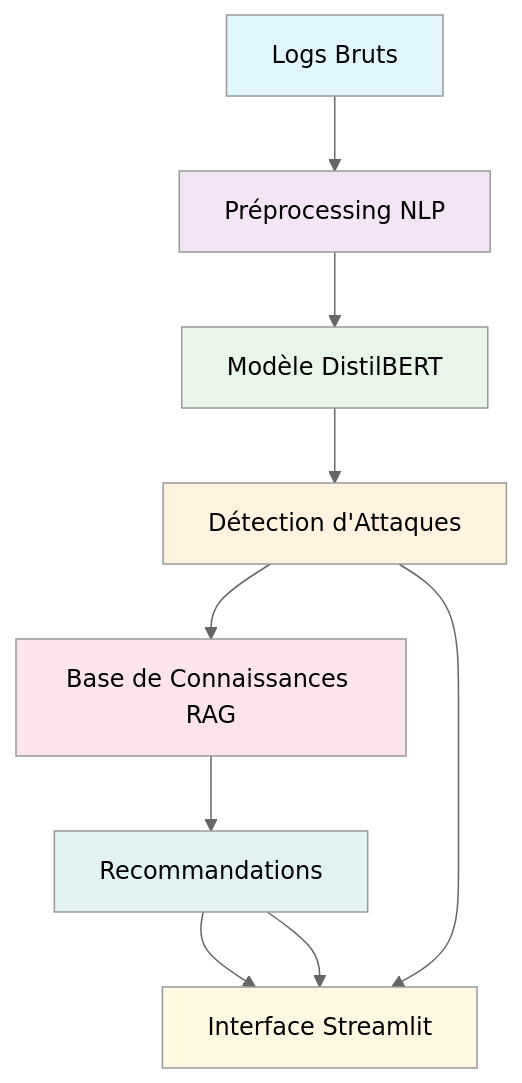
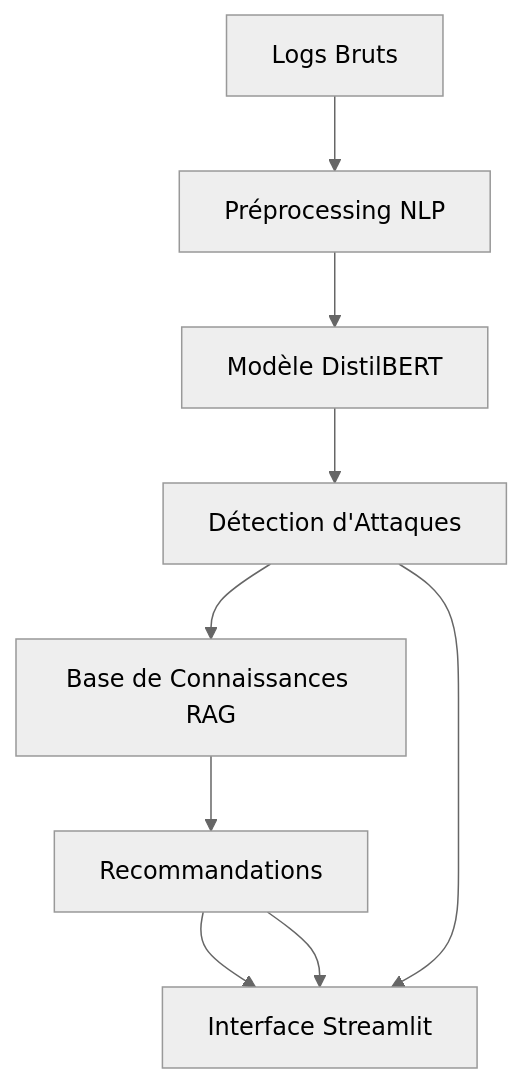
One commit to Lailaelkabrane/cybermentor-dl-nlp changed the diagram in README.md. Above: the diagram before and after it, drawn with Mermaid (neutral theme).

````diff
--- a/README.md
+++ b/README.md
@@ -18,19 +18,12 @@
 ```mermaid
 graph TB
     A[Logs Bruts] --> B[Préprocessing NLP]
     B --> C[Modèle DistilBERT]
     C --> D[Détection d'Attaques]
     D --> E[Base de Connaissances RAG]
     E --> F[Recommandations]
     F --> G[Interface Streamlit]
     D --> G
     F --> G
-    
-    style A fill:#e1f5fe
-    style B fill:#f3e5f5
-    style C fill:#e8f5e8
-    style D fill:#fff3e0
-    style E fill:#fce4ec
-    style F fill:#e0f2f1
-    style G fill:#fff8e1
+
 ```
````
